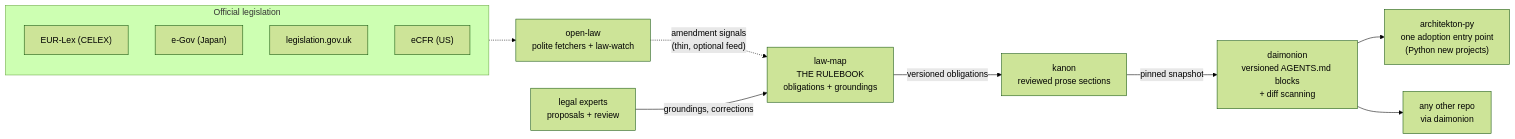
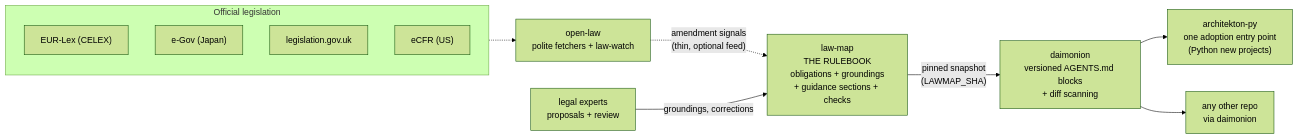
Before and after one commit to politeuma/.github: the diagram in profile/diagram.md, drawn with Mermaid (forest theme). The commit also changed other lines of this file and 2 other files, not shown here.

First line of the commit message:
docs: post-merger truth — kanon retired from diagram, version-compat table

````diff
--- a/profile/diagram.md
+++ b/profile/diagram.md
@@ -7,25 +7,23 @@
 ```mermaid
 flowchart LR
     subgraph official["Official legislation"]
         EURLEX["EUR-Lex (CELEX)"]
         EGOV["e-Gov (Japan)"]
         LEGUK["legislation.gov.uk"]
         ECFR["eCFR (US)"]
     end
 
     OPENLAW["open-law\npolite fetchers + law-watch"]
-    LAWMAP["law-map\nTHE RULEBOOK\nobligations + groundings"]
+    LAWMAP["law-map\nTHE RULEBOOK\nobligations + groundings\n+ guidance sections + checks"]
     EXPERTS["legal experts\nproposals + review"]
-    KANON["kanon\nreviewed prose sections"]
     DAIMONION["daimonion\nversioned AGENTS.md blocks\n+ diff scanning"]
     ARCHI["architekton-py\none adoption entry point\n(Python new projects)"]
     OTHER["any other repo\nvia daimonion"]
 
     official -.-> OPENLAW
     OPENLAW -.->|"amendment signals\n(thin, optional feed)"| LAWMAP
     EXPERTS -->|"groundings, corrections"| LAWMAP
-    LAWMAP -->|"versioned obligations"| KANON
-    KANON -->|"pinned snapshot"| DAIMONION
+    LAWMAP -->|"pinned snapshot\n(LAWMAP_SHA)"| DAIMONION
     DAIMONION --> ARCHI
     DAIMONION --> OTHER
 ```
````
